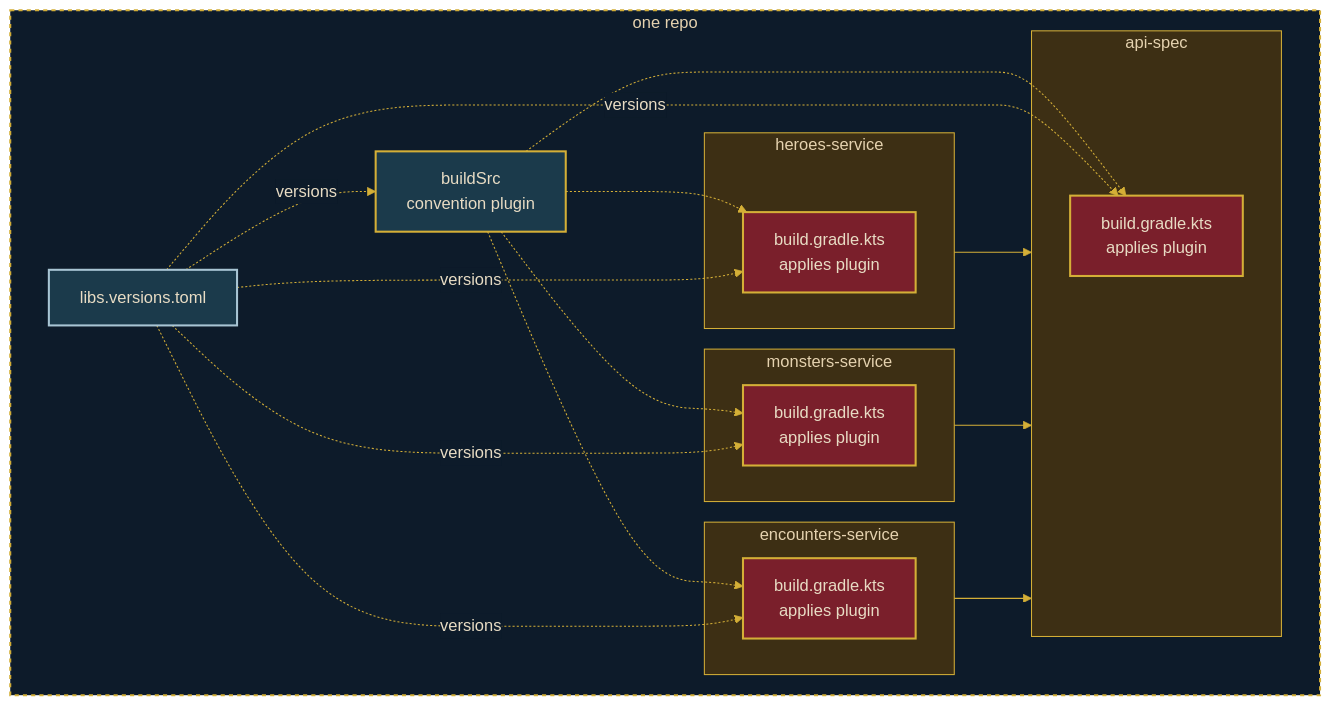
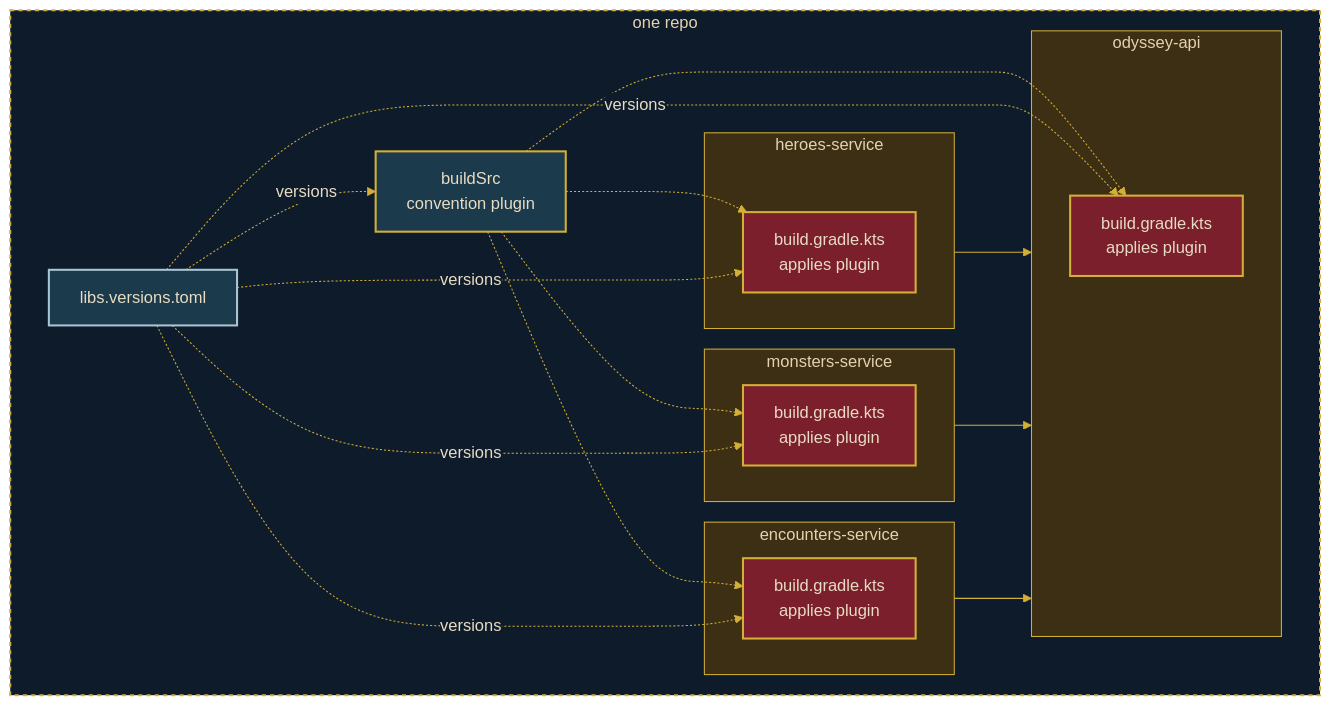
The diagram in slides/pages/04-sirens.md (Marthijs-Berfelo/the-gradle-odyssey), drawn with Mermaid before and after one commit. The commit also changed 22 other files, not shown here.

First line of the commit message:
docs: fix api-spec naming and add Stage 2 rehearsal notes/snippets

````diff
--- a/slides/pages/04-sirens.md
+++ b/slides/pages/04-sirens.md
@@ -34,48 +34,48 @@
 ```mermaid {scale: 0.75}
 %%{init: {'theme': 'base', 'themeVariables': {
   'primaryColor': '#3d2f14',
   'primaryTextColor': '#e8dcc4',
   'primaryBorderColor': '#d4af37',
   'lineColor': '#d4af37',
   'edgeLabelBackground': '#0d1b2a',
   'fontFamily': 'Georgia, serif'
 }}}%%
 flowchart LR
     subgraph repo["one repo"]
         direction LR
         catalog["libs.versions.toml"]:::catalog
         subgraph h["heroes-service"]
             hb["build.gradle.kts<br/>applies plugin"]:::config
         end
         subgraph m["monsters-service"]
             mb["build.gradle.kts<br/>applies plugin"]:::config
         end
         subgraph e["encounters-service"]
             eb["build.gradle.kts<br/>applies plugin"]:::config
         end
-        subgraph a["api-spec"]
+        subgraph a["odyssey-api"]
             ab["build.gradle.kts<br/>applies plugin"]:::config
         end
         plugin["buildSrc<br/>convention plugin"]:::plugin
         plugin -.-> hb
         plugin -.-> mb
         plugin -.-> eb
         plugin -.-> ab
         h --> a
         m --> a
         e --> a
     end
     catalog -.->|versions| plugin
     catalog -.->|versions| hb
     catalog -.->|versions| mb
     catalog -.->|versions| eb
     catalog -.->|versions| ab
     style repo fill:#0d1b2a,stroke:#d4af37,stroke-width:2px,stroke-dasharray:4 4
     style h fill:#3d2f14,stroke:#d4af37,stroke-width:1px
     style m fill:#3d2f14,stroke:#d4af37,stroke-width:1px
     style e fill:#3d2f14,stroke:#d4af37,stroke-width:1px
     style a fill:#3d2f14,stroke:#d4af37,stroke-width:1px
     classDef config fill:#7a1f2b,stroke:#d4af37,stroke-width:2px,color:#e8dcc4
     classDef plugin fill:#1b3a4b,stroke:#d4af37,stroke-width:2px,color:#e8dcc4
     classDef catalog fill:#1b3a4b,stroke:#a8c5d4,stroke-width:2px,color:#e8dcc4
 ```
````
